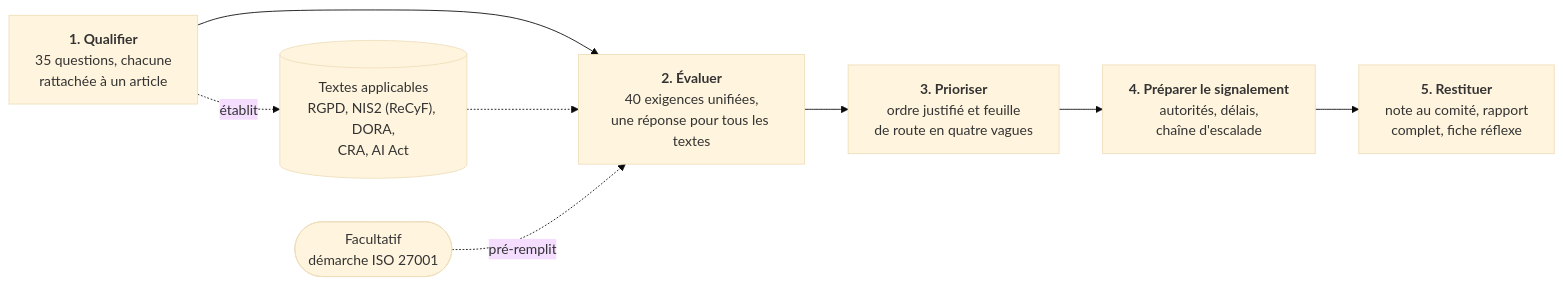
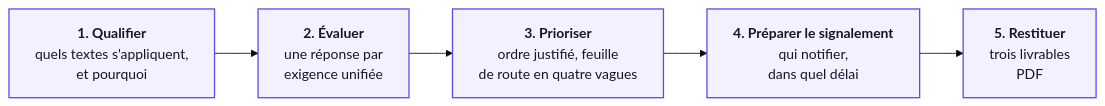
One commit to raymondboustany/scopeo changed the second of 2 diagrams in README.md. Above: the diagram before and after it, drawn with Mermaid (base theme). The commit also changed other lines of this file, not shown here.

````diff
--- a/README.md
+++ b/README.md
@@ -342,10 +343,9 @@
 ```mermaid
 flowchart LR
-  A["<b>1. Qualifier</b><br/>35 questions, chacune<br/>rattachée à un article"] --> B["<b>2. Évaluer</b><br/>40 exigences unifiées,<br/>une réponse pour tous les textes"]
-  B --> C["<b>3. Prioriser</b><br/>ordre justifié et feuille<br/>de route en quatre vagues"]
-  C --> D["<b>4. Préparer le signalement</b><br/>autorités, délais,<br/>chaîne d'escalade"]
-  D --> E["<b>5. Restituer</b><br/>note au comité, rapport<br/>complet, fiche réflexe"]
-  A -. établit .-> T[("Textes applicables<br/>RGPD, NIS2 (ReCyF), DORA,<br/>CRA, AI Act")]
-  T -.-> B
-  I(["Facultatif<br/>démarche ISO 27001"]) -. pré-remplit .-> B
+  A["<b>1. Qualifier</b><br/>quels textes s'appliquent,<br/>et pourquoi"] --> B["<b>2. Évaluer</b><br/>une réponse par<br/>exigence unifiée"]
+  B --> C["<b>3. Prioriser</b><br/>ordre justifié, feuille<br/>de route en quatre vagues"]
+  C --> D["<b>4. Préparer le signalement</b><br/>qui notifier,<br/>dans quel délai"]
+  D --> E["<b>5. Restituer</b><br/>trois livrables<br/>PDF"]
+  classDef step fill:#f4f1ff,stroke:#6547e8,stroke-width:1.5px,color:#17132b
+  class A,B,C,D,E step
 ```
````
